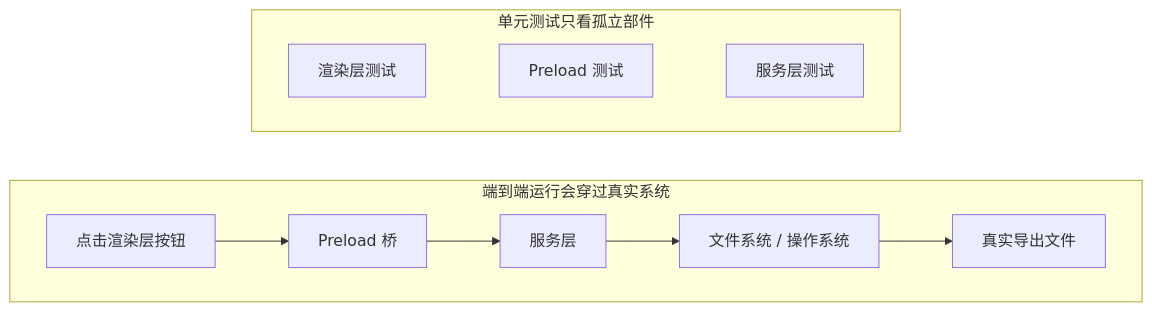
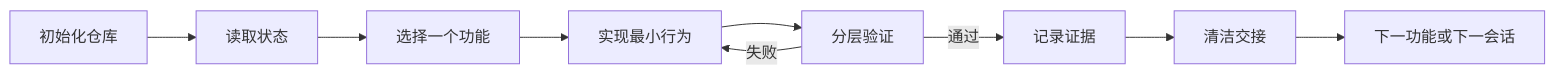
Before and after one commit to lichenbuliren/harness-vibe-coding-study: the second of 2 diagrams in docs/learning-harness-summary.md, drawn with Mermaid. The commit also changed other lines of this file and 5 other files, not shown here.

````diff
--- a/docs/learning-harness-summary.md
+++ b/docs/learning-harness-summary.md
@@ -773,22 +189,11 @@
 ```mermaid
 flowchart LR
-    subgraph E2E["端到端运行会穿过真实系统"]
-        direction LR
-        A["点击渲染层按钮"]
-        B["Preload 桥"]
-        C["服务层"]
-        D["文件系统 / 操作系统"]
-        E["真实导出文件"]
-
-        A --> B --> C --> D --> E
-    end
-
-    subgraph Unit["单元测试只看孤立部件"]
-        direction LR
-        U1["渲染层测试"]
-        U2["Preload 测试"]
-        U3["服务层测试"]
-
-        U1 ~~~ U2 ~~~ U3
-    end
+    A["初始化仓库"] --> B["读取状态"]
+    B --> C["选择一个功能"]
+    C --> D["实现最小行为"]
+    D --> E["分层验证"]
+    E -->|失败| D
+    E -->|通过| F["记录证据"]
+    F --> G["清洁交接"]
+    G --> H["下一功能或下一会话"]
 ```
````
